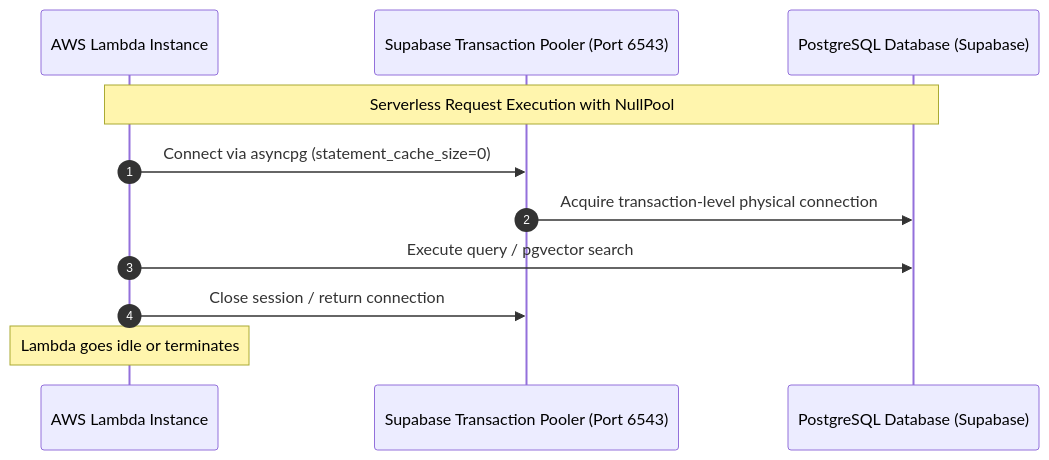
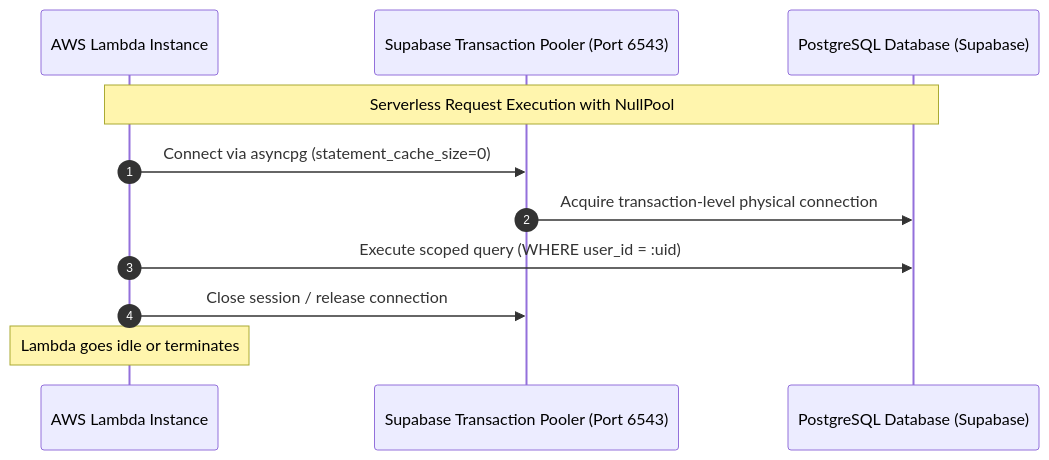
One commit to shubhojit-mitra-dev/ai-job-agent changed the second of 4 diagrams in docs/ARCHITECTURE.md. Above: the diagram before and after it, drawn with Mermaid. The commit also changed other lines of this file and 2 other files, not shown here.

Commit message:
docs(architecture): update SQS visibility timeout, EventBridge Asia/Kolkata timezone, and S3 state locking

````diff
--- a/docs/ARCHITECTURE.md
+++ b/docs/ARCHITECTURE.md
@@ -78,14 +78,14 @@
 ```mermaid
 sequenceDiagram
     autonumber
     participant Lambda as AWS Lambda Instance
     participant Pooler as Supabase Transaction Pooler (Port 6543)
     participant Postgres as PostgreSQL Database (Supabase)
 
     Note over Lambda,Postgres: Serverless Request Execution with NullPool
     Lambda->>Pooler: Connect via asyncpg (statement_cache_size=0)
     Pooler->>Postgres: Acquire transaction-level physical connection
-    Lambda->>Postgres: Execute query / pgvector search
-    Lambda->>Pooler: Close session / return connection
+    Lambda->>Postgres: Execute scoped query (WHERE user_id = :uid)
+    Lambda->>Pooler: Close session / release connection
     Note over Lambda: Lambda goes idle or terminates
 ```
````
